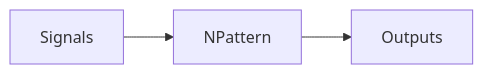
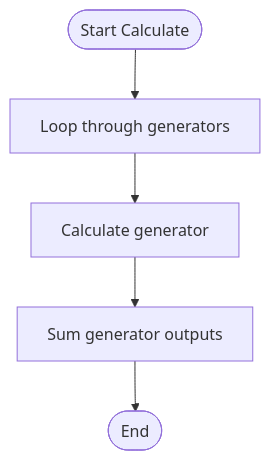
Before and after one commit to aicommunity/Nmsdk-PulseLib: the ninth of 10 diagrams in Docs/Components/NPattern.md, drawn with Mermaid. The commit also changed other lines of this file and 196 other files, not shown here.

````diff
--- a/Docs/Components/NPattern.md
+++ b/Docs/Components/NPattern.md
@@ -72,5 +367,7 @@
 ```mermaid
-flowchart LR
-    sig[Signals] --> x[NPattern]
-    x --> out[Outputs]
+flowchart TD
+    Start([Start Calculate]) --> LoopGenerators[Loop through generators]
+    LoopGenerators --> CalcGenerator[Calculate generator]
+    CalcGenerator --> SumOutputs[Sum generator outputs]
+    SumOutputs --> End([End])
 ```
````
